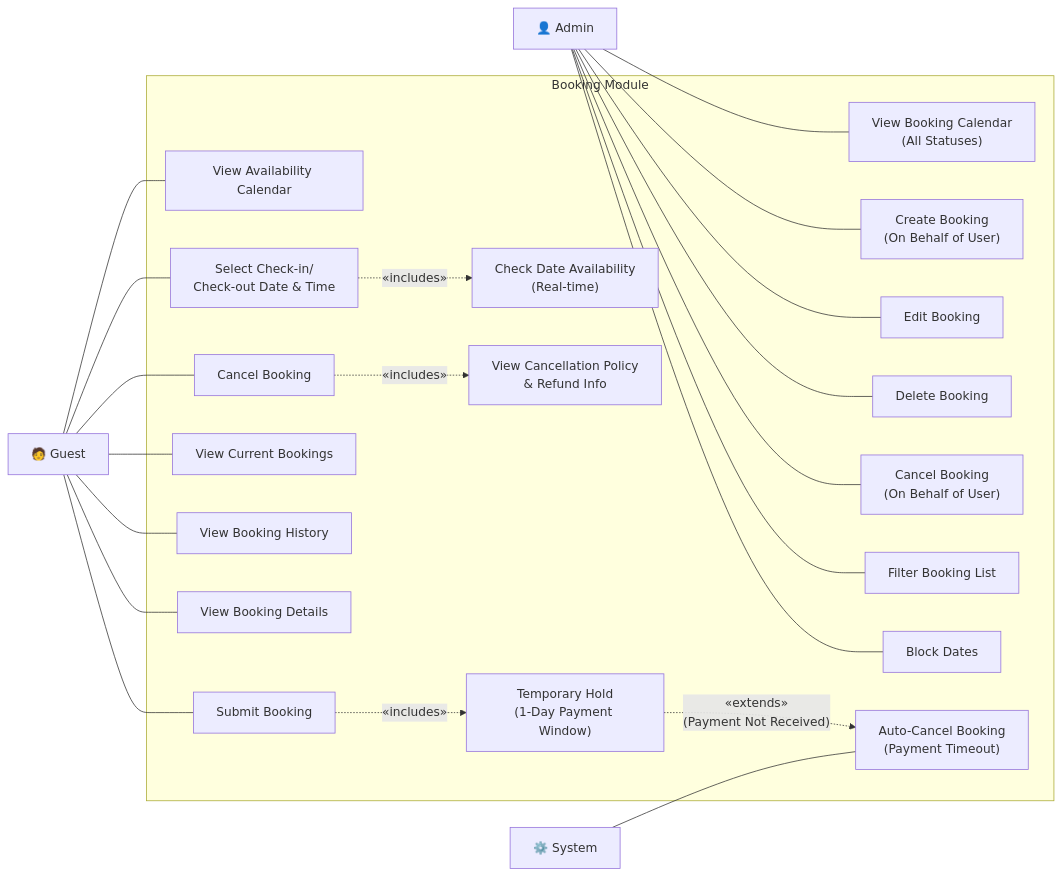
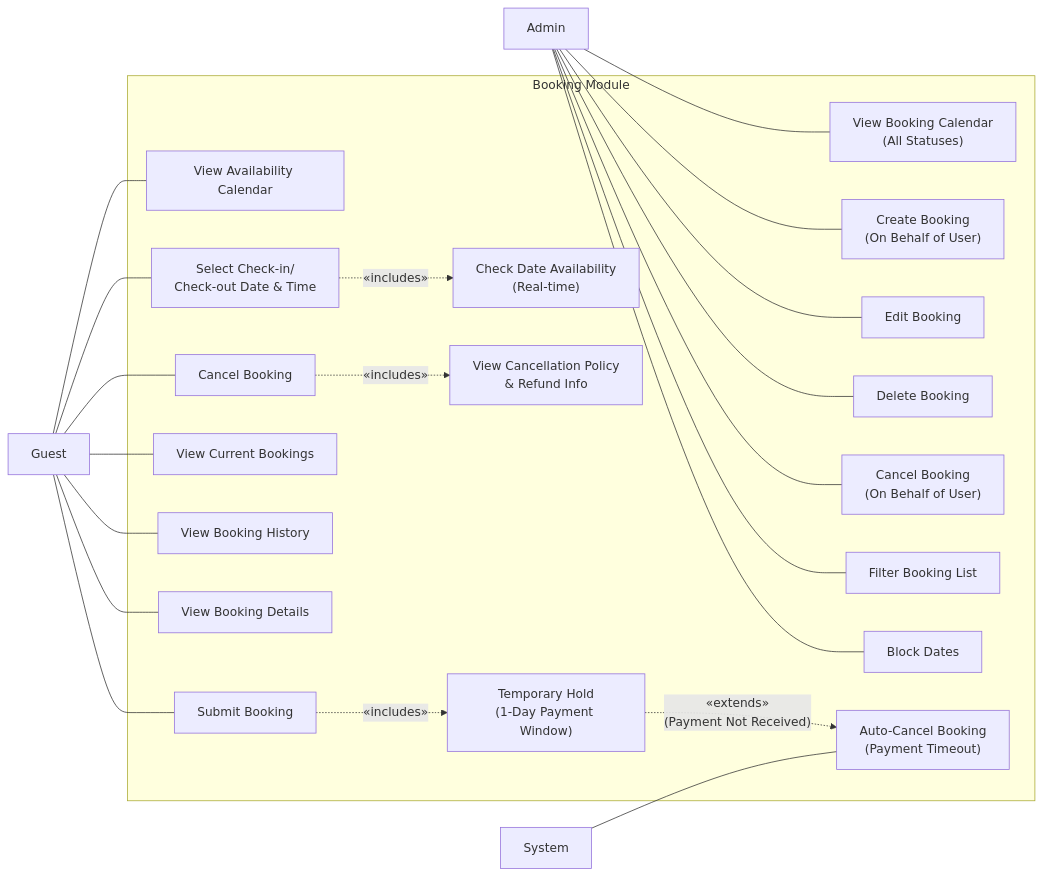
Before and after one commit to aisyahumairah/HomeLodge-Doc: the fourth of 12 diagrams in docs/dev/USE_CASE_DIAGRAMS.md, drawn with Mermaid. The commit also changed other lines of this file and 3 other files, not shown here.

````diff
--- a/docs/dev/USE_CASE_DIAGRAMS.md
+++ b/docs/dev/USE_CASE_DIAGRAMS.md
@@ -126,52 +167,52 @@
 ```mermaid
 flowchart LR
-    Guest["🧑 Guest"]
-    Admin["👤 Admin"]
-    System["⚙️ System"]
+    Guest["Guest"]
+    Admin["Admin"]
+    System["System"]
 
     subgraph Booking Module
         UC1["View Availability Calendar"]
         UC2["Select Check-in/\nCheck-out Date & Time"]
         UC3["Check Date Availability\n(Real-time)"]
         UC4["Submit Booking"]
         UC5["View Current Bookings"]
         UC6["View Booking History"]
         UC7["View Booking Details"]
         UC8["Cancel Booking"]
         UC9["View Cancellation Policy\n& Refund Info"]
 
         UC10["View Booking Calendar\n(All Statuses)"]
         UC11["Create Booking\n(On Behalf of User)"]
         UC12["Edit Booking"]
         UC13["Delete Booking"]
         UC14["Cancel Booking\n(On Behalf of User)"]
         UC15["Filter Booking List"]
         UC16["Block Dates"]
 
         UC17["Temporary Hold\n(1-Day Payment Window)"]
         UC18["Auto-Cancel Booking\n(Payment Timeout)"]
     end
 
     Guest --- UC1
     Guest --- UC2
     Guest --- UC4
     Guest --- UC5
     Guest --- UC6
     Guest --- UC7
     Guest --- UC8
 
     UC2 -. "«includes»" .-> UC3
     UC8 -. "«includes»" .-> UC9
 
     Admin --- UC10
     Admin --- UC11
     Admin --- UC12
     Admin --- UC13
     Admin --- UC14
     Admin --- UC15
     Admin --- UC16
 
     UC4 -. "«includes»" .-> UC17
     System --- UC18
     UC17 -. "«extends»\n(Payment Not Received)" .-> UC18
 ```
````
